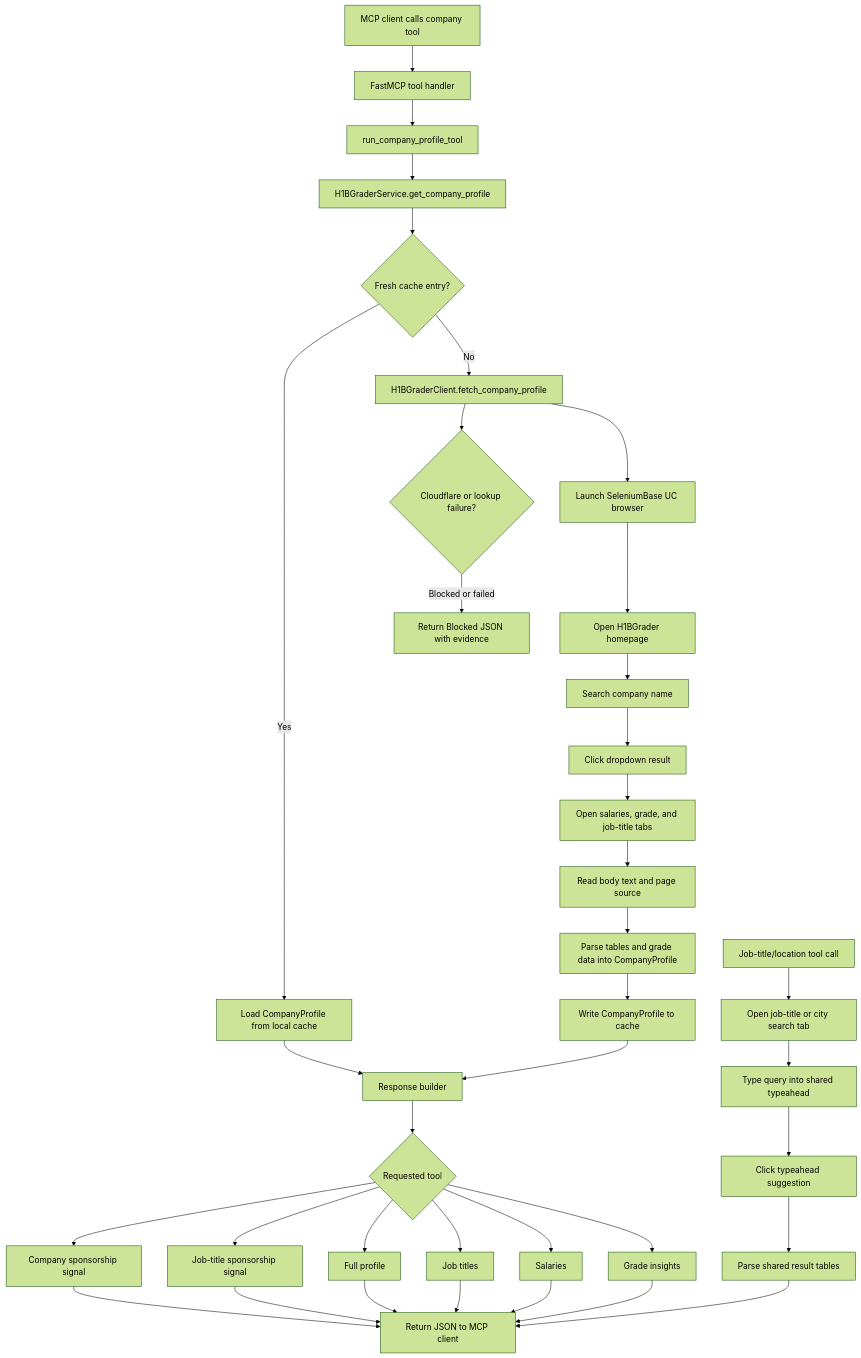
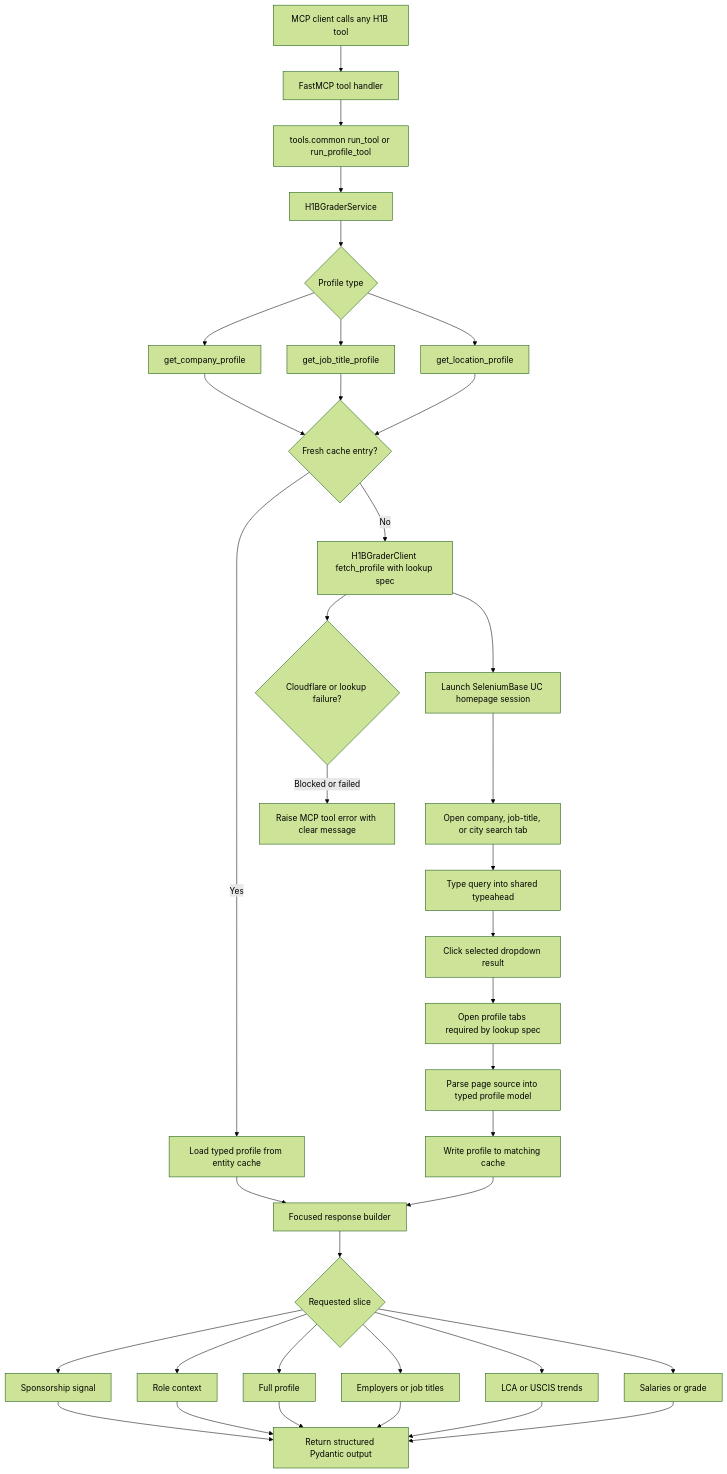
Before and after one commit to Blacksuan19/h1b-mcp: the diagram in README.md, drawn with Mermaid (forest theme). The commit also changed other lines of this file and 1 other file, not shown here.

Commit message:
docs(readme): refresh tool flow diagram

````diff
--- a/README.md
+++ b/README.md
@@ -518,45 +518,47 @@
 ```mermaid
 flowchart TD
-    A[MCP client calls company tool] --> B[FastMCP tool handler]
-    B --> C[run_company_profile_tool]
-    C --> D[H1BGraderService.get_company_profile]
+    A[MCP client calls any H1B tool] --> B[FastMCP tool handler]
+    B --> C[tools.common run_tool or run_profile_tool]
+    C --> D[H1BGraderService]
 
-    D --> E{Fresh cache entry?}
-    E -->|Yes| F[Load CompanyProfile from local cache]
-    E -->|No| G[H1BGraderClient.fetch_company_profile]
+    D --> E{Profile type}
+    E --> F[get_company_profile]
+    E --> G[get_job_title_profile]
+    E --> H[get_location_profile]
 
-    G --> H[Launch SeleniumBase UC browser]
-    H --> I[Open H1BGrader homepage]
-    I --> J[Search company name]
-    J --> K[Click dropdown result]
-    K --> L[Open salaries, grade, and job-title tabs]
-    L --> M[Read body text and page source]
-    M --> N[Parse tables and grade data into CompanyProfile]
-    N --> O[Write CompanyProfile to cache]
+    F --> I{Fresh cache entry?}
+    G --> I
+    H --> I
 
-    F --> P[Response builder]
-    O --> P
-    P --> Q{Requested tool}
-    Q --> R[Company sponsorship signal]
-    Q --> S[Job-title sponsorship signal]
-    Q --> T[Full profile]
-    Q --> U[Job titles]
-    Q --> V[Salaries]
-    Q --> W[Grade insights]
+    I -->|Yes| J[Load typed profile from entity cache]
+    I -->|No| K[H1BGraderClient fetch_profile with lookup spec]
 
-    R --> X[Return JSON to MCP client]
-    S --> X
-    T --> X
-    U --> X
-    V --> X
-    W --> X
+    K --> L[Launch SeleniumBase UC homepage session]
+    L --> M[Open company, job-title, or city search tab]
+    M --> N[Type query into shared typeahead]
+    N --> O[Click selected dropdown result]
+    O --> P[Open profile tabs required by lookup spec]
+    P --> Q[Parse page source into typed profile model]
+    Q --> R[Write profile to matching cache]
 
-    G --> Y{Cloudflare or lookup failure?}
-    Y -->|Blocked or failed| Z[Return Blocked JSON with evidence]
+    J --> S[Focused response builder]
+    R --> S
 
-    A2[Job-title/location tool call] --> B2[Open job-title or city search tab]
-    B2 --> C2[Type query into shared typeahead]
-    C2 --> D2[Click typeahead suggestion]
-    D2 --> E2[Parse shared result tables]
-    E2 --> X
+    S --> T{Requested slice}
+    T --> U[Sponsorship signal]
+    T --> V[Role context]
+    T --> W[Full profile]
+    T --> X[Employers or job titles]
+    T --> Y[LCA or USCIS trends]
+    T --> Z[Salaries or grade]
+
+    U --> AA[Return structured Pydantic output]
+    V --> AA
+    W --> AA
+    X --> AA
+    Y --> AA
+    Z --> AA
+
+    K --> AB{Cloudflare or lookup failure?}
+    AB -->|Blocked or failed| AC[Raise MCP tool error with clear message]
 ```
````
